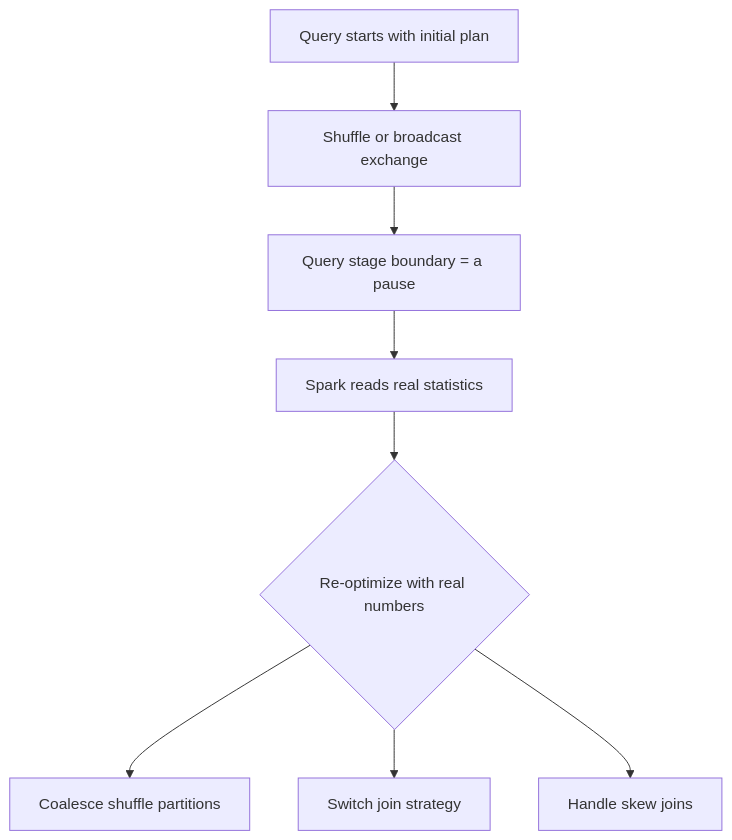
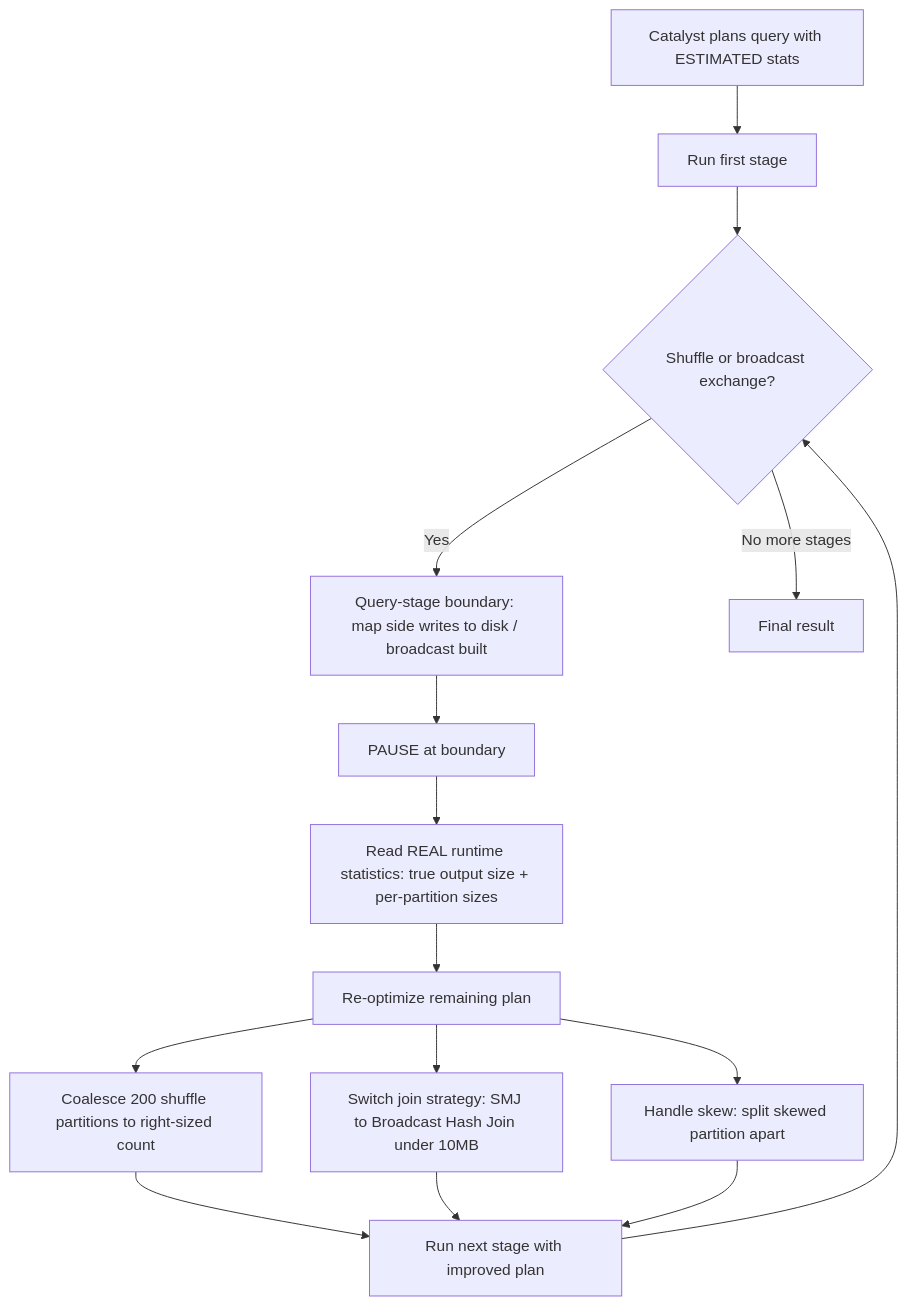
Before and after one commit to syedamber91/learning-data-engineering-concepts: the diagram in wiki/personas/alex/spark/concepts/adaptive-query-execution.md, drawn with Mermaid. The commit also changed other lines of this file and 35 other files, not shown here.

````diff
--- a/wiki/personas/alex/spark/concepts/adaptive-query-execution.md
+++ b/wiki/personas/alex/spark/concepts/adaptive-query-execution.md
@@ -18,10 +18,17 @@
 ```mermaid
 flowchart TD
-    A[Query starts with initial plan] --> B[Shuffle or broadcast exchange]
-    B --> C[Query stage boundary = a pause]
-    C --> D[Spark reads real statistics]
-    D --> E{Re-optimize with real numbers}
-    E --> F[Coalesce shuffle partitions]
-    E --> G[Switch join strategy]
-    E --> H[Handle skew joins]
+    A[Catalyst plans query with ESTIMATED stats] --> B[Run first stage]
+    B --> C{Shuffle or broadcast exchange?}
+    C -->|Yes| D[Query-stage boundary: map side writes to disk / broadcast built]
+    D --> E[PAUSE at boundary]
+    E --> F[Read REAL runtime statistics: true output size + per-partition sizes]
+    F --> G[Re-optimize remaining plan]
+    G --> H[Coalesce 200 shuffle partitions to right-sized count]
+    G --> I[Switch join strategy: SMJ to Broadcast Hash Join under 10MB]
+    G --> J[Handle skew: split skewed partition apart]
+    H --> K[Run next stage with improved plan]
+    I --> K
+    J --> K
+    K --> C
+    C -->|No more stages| L[Final result]
 ```
````
